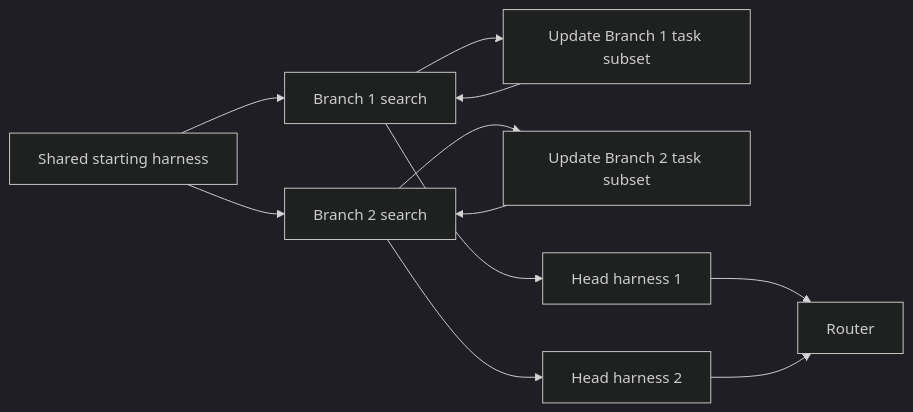
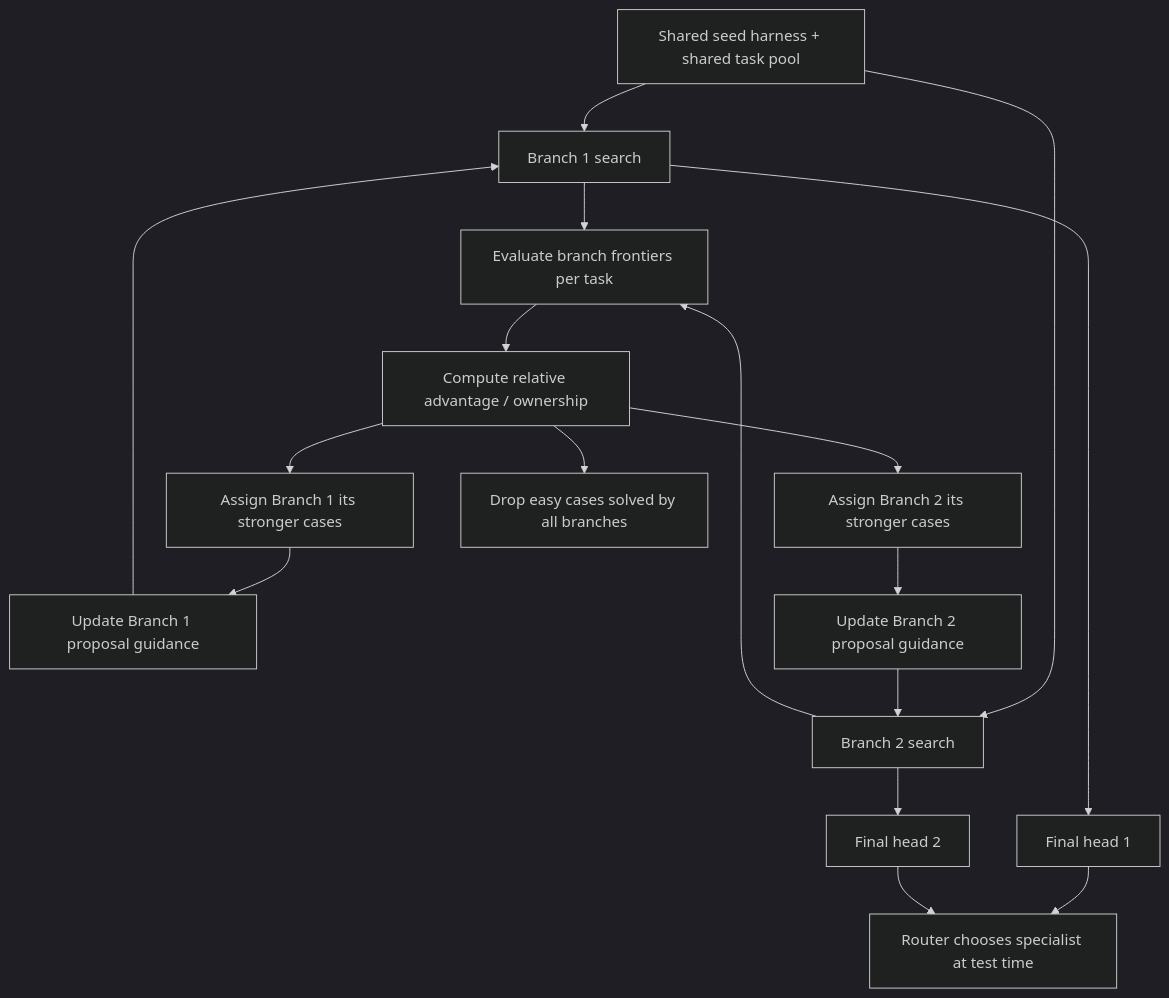
Before and after one commit to ShadowKingYT444/harness-papers-daily: the diagram in _analyses/2609.37834.md, drawn with Mermaid (dark theme). The commit also changed other lines of this file and 37 other files, not shown here.

Commit message:
Expand all harness paper notes into implementation-ready guides

````diff
--- a/_analyses/2609.37834.md
+++ b/_analyses/2609.37834.md
@@ -21,13 +42,19 @@
-```mermaid
-flowchart LR
-    A[Shared starting harness] --> B[Branch 1 search]
-    A --> C[Branch 2 search]
-    B --> D[Update Branch 1 task subset]
-    C --> E[Update Branch 2 task subset]
-    D --> B
-    E --> C
-    B --> F[Head harness 1]
-    C --> G[Head harness 2]
-    F --> H[Router]
-    G --> H
-```
+~~~mermaid
+flowchart TD
+    A["Shared seed harness + shared task pool"] --> B1["Branch 1 search"]
+    A --> B2["Branch 2 search"]
+    B1 --> C["Evaluate branch frontiers per task"]
+    B2 --> C
+    C --> D["Compute relative advantage / ownership"]
+    D --> E1["Assign Branch 1 its stronger cases"]
+    D --> E2["Assign Branch 2 its stronger cases"]
+    D --> F["Drop easy cases solved by all branches"]
+    E1 --> G1["Update Branch 1 proposal guidance"]
+    E2 --> G2["Update Branch 2 proposal guidance"]
+    G1 --> B1
+    G2 --> B2
+    B1 --> H1["Final head 1"]
+    B2 --> H2["Final head 2"]
+    H1 --> I["Router chooses specialist at test time"]
+    H2 --> I
+~~~
````
